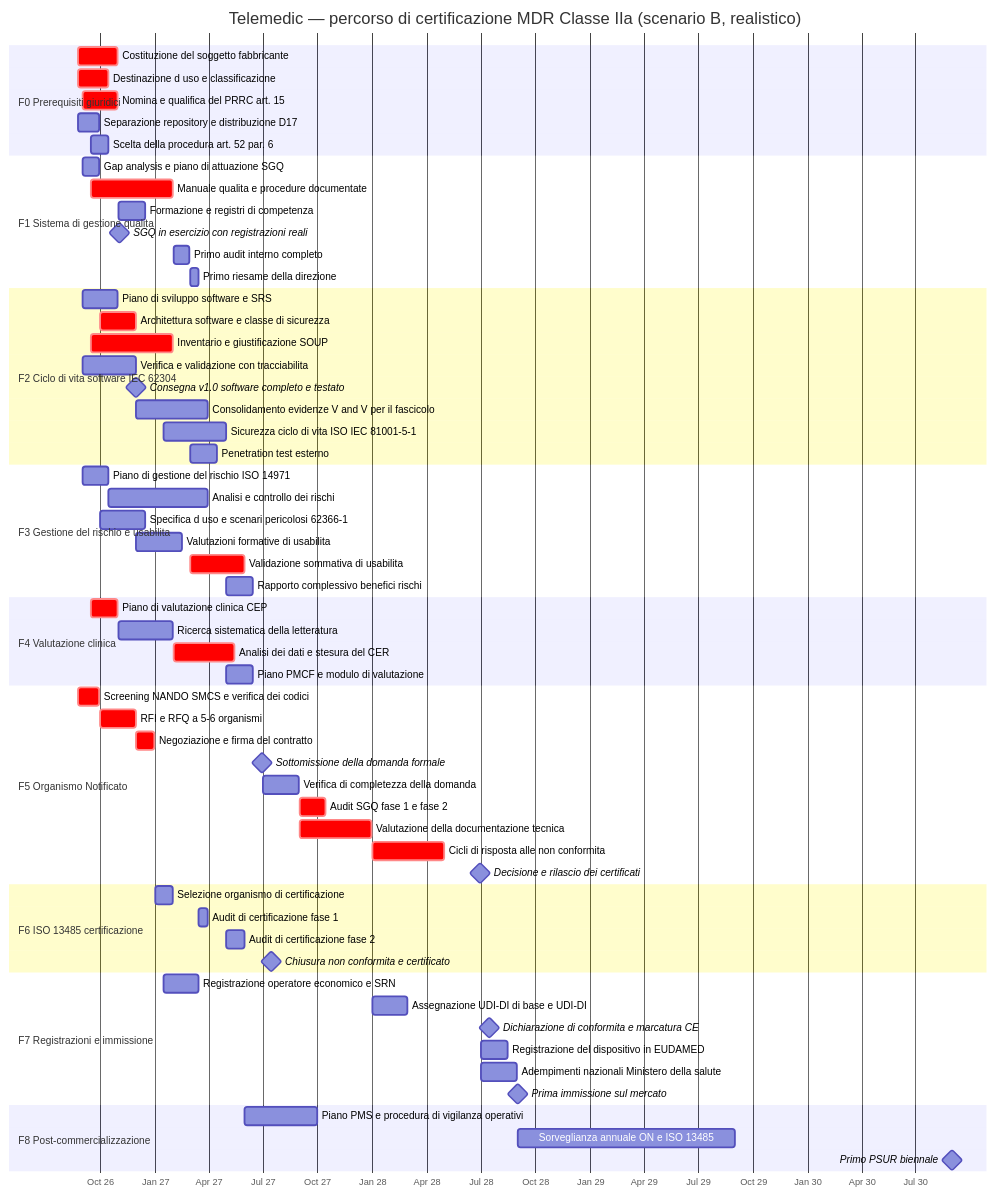
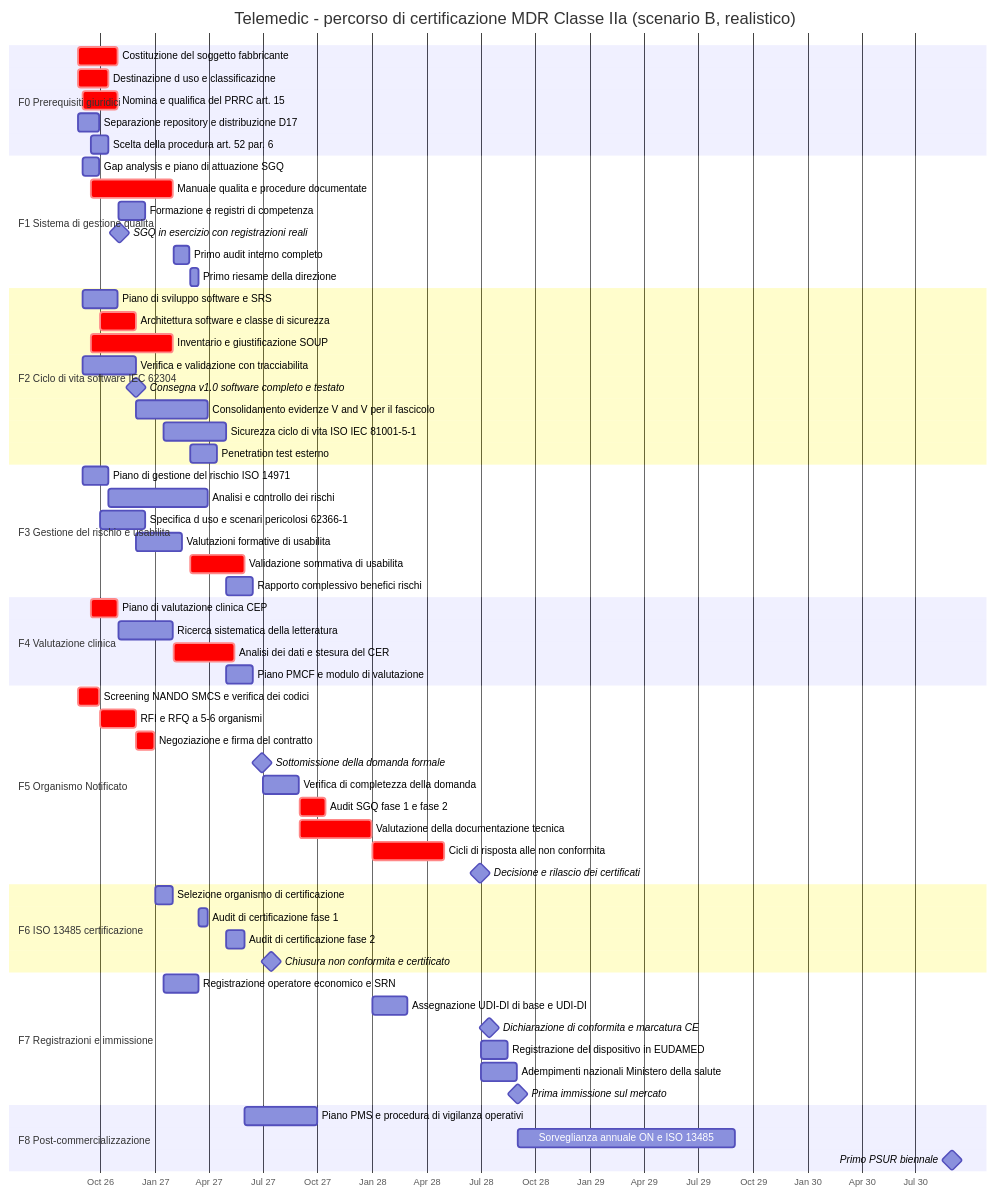
One commit to fedcal/Telemedic changed the first of 2 diagrams in .telemedic/research/B9-percorso-certificazione.md. Above: the diagram before and after it, drawn with Mermaid. The commit also changed other lines of this file and 74 other files, not shown here.

````diff
--- a/.telemedic/research/B9-percorso-certificazione.md
+++ b/.telemedic/research/B9-percorso-certificazione.md
@@ -248,75 +248,75 @@
 ```mermaid
 gantt
-    title Telemedic — percorso di certificazione MDR Classe IIa (scenario B, realistico)
+    title Telemedic - percorso di certificazione MDR Classe IIa (scenario B, realistico)
     dateFormat YYYY-MM-DD
     axisFormat %b %y
 
     section F0 Prerequisiti giuridici
     Costituzione del soggetto fabbricante          :crit, f0a, 2026-08-25, 2026-10-31
     Destinazione d uso e classificazione           :crit, f0b, 2026-08-25, 2026-10-15
     Nomina e qualifica del PRRC art. 15            :crit, f0c, 2026-09-01, 2026-10-31
     Separazione repository e distribuzione D17     :f0d, 2026-08-25, 2026-09-30
     Scelta della procedura art. 52 par. 6          :f0e, 2026-09-15, 2026-10-15
 
     section F1 Sistema di gestione qualita
     Gap analysis e piano di attuazione SGQ         :f1a, 2026-09-01, 2026-09-30
     Manuale qualita e procedure documentate        :crit, f1b, 2026-09-15, 2027-01-31
     Formazione e registri di competenza            :f1c, 2026-11-01, 2026-12-15
     SGQ in esercizio con registrazioni reali       :milestone, f1m, 2026-11-02, 0d
     Primo audit interno completo                   :f1d, 2027-02-01, 2027-02-28
     Primo riesame della direzione                  :f1e, 2027-03-01, 2027-03-15
 
     section F2 Ciclo di vita software IEC 62304
     Piano di sviluppo software e SRS               :f2a, 2026-09-01, 2026-10-31
     Architettura software e classe di sicurezza    :crit, f2b, 2026-10-01, 2026-11-30
     Inventario e giustificazione SOUP              :crit, f2c, 2026-09-15, 2027-01-31
     Verifica e validazione con tracciabilita       :f2d, 2026-09-01, 2026-11-30
     Consegna v1.0 software completo e testato      :milestone, f2m, 2026-11-30, 0d
     Consolidamento evidenze V and V per il fascicolo :f2e, 2026-12-01, 2027-03-31
     Sicurezza ciclo di vita ISO IEC 81001-5-1      :f2f, 2027-01-15, 2027-04-30
     Penetration test esterno                       :f2g, 2027-03-01, 2027-04-15
 
     section F3 Gestione del rischio e usabilita
     Piano di gestione del rischio ISO 14971        :f3a, 2026-09-01, 2026-10-15
     Analisi e controllo dei rischi                 :f3b, 2026-10-15, 2027-03-31
     Specifica d uso e scenari pericolosi 62366-1   :f3c, 2026-10-01, 2026-12-15
     Valutazioni formative di usabilita             :f3d, 2026-12-01, 2027-02-15
     Validazione sommativa di usabilita             :crit, f3e, 2027-03-01, 2027-05-31
     Rapporto complessivo benefici rischi           :f3f, 2027-05-01, 2027-06-15
 
     section F4 Valutazione clinica
     Piano di valutazione clinica CEP               :crit, f4a, 2026-09-15, 2026-10-31
     Ricerca sistematica della letteratura          :f4b, 2026-11-01, 2027-01-31
     Analisi dei dati e stesura del CER             :crit, f4c, 2027-02-01, 2027-05-15
     Piano PMCF e modulo di valutazione             :f4d, 2027-05-01, 2027-06-15
 
     section F5 Organismo Notificato
     Screening NANDO SMCS e verifica dei codici     :crit, f5a, 2026-08-25, 2026-09-30
     RFI e RFQ a 5-6 organismi                      :crit, f5b, 2026-10-01, 2026-11-30
     Negoziazione e firma del contratto             :crit, f5c, 2026-12-01, 2026-12-31
     Sottomissione della domanda formale            :milestone, f5m1, 2027-06-30, 0d
     Verifica di completezza della domanda          :f5d, 2027-07-01, 2027-08-31
     Audit SGQ fase 1 e fase 2                      :crit, f5e, 2027-09-01, 2027-10-15
     Valutazione della documentazione tecnica       :crit, f5f, 2027-09-01, 2027-12-31
     Cicli di risposta alle non conformita          :crit, f5g, 2028-01-01, 2028-04-30
     Decisione e rilascio dei certificati           :milestone, f5m2, 2028-06-30, 0d
 
     section F6 ISO 13485 certificazione
     Selezione organismo di certificazione          :f6a, 2027-01-01, 2027-01-31
     Audit di certificazione fase 1                 :f6b, 2027-03-15, 2027-03-31
     Audit di certificazione fase 2                 :f6c, 2027-05-01, 2027-05-31
     Chiusura non conformita e certificato          :milestone, f6m, 2027-07-15, 0d
 
     section F7 Registrazioni e immissione
     Registrazione operatore economico e SRN        :f7a, 2027-01-15, 2027-03-15
     Assegnazione UDI-DI di base e UDI-DI           :f7b, 2028-01-01, 2028-02-29
     Dichiarazione di conformita e marcatura CE     :milestone, f7m1, 2028-07-15, 0d
     Registrazione del dispositivo in EUDAMED       :f7c, 2028-07-01, 2028-08-15
     Adempimenti nazionali Ministero della salute   :f7d, 2028-07-01, 2028-08-31
     Prima immissione sul mercato                   :milestone, f7m2, 2028-09-01, 0d
 
     section F8 Post-commercializzazione
     Piano PMS e procedura di vigilanza operativi   :f8a, 2027-06-01, 2027-09-30
     Sorveglianza annuale ON e ISO 13485            :f8b, 2028-09-01, 2029-08-31
     Primo PSUR biennale                            :milestone, f8m, 2030-08-31, 0d
 ```
````
